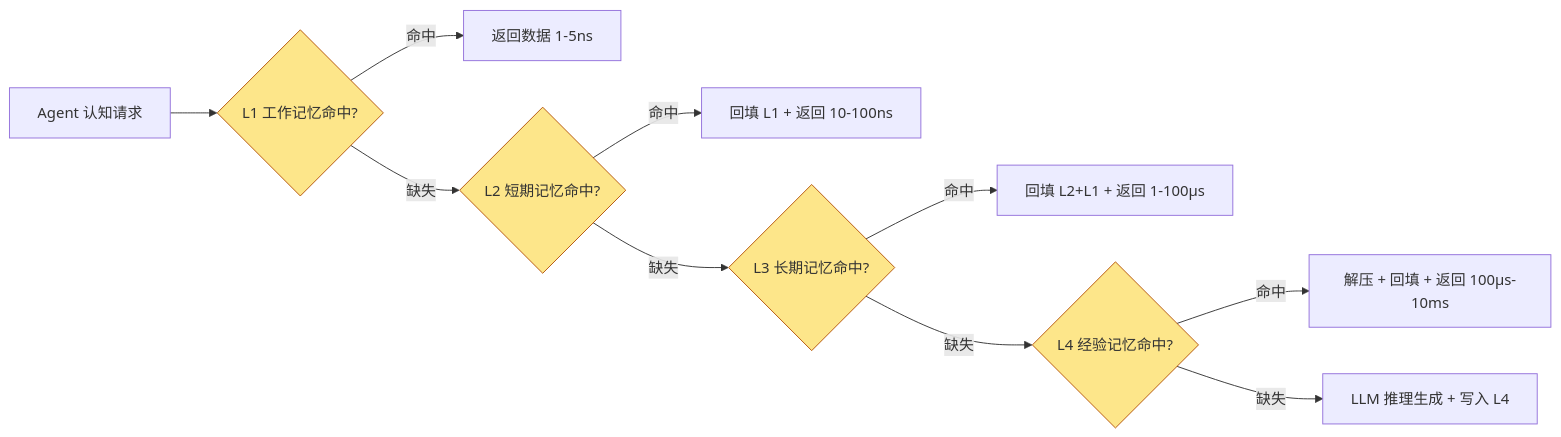
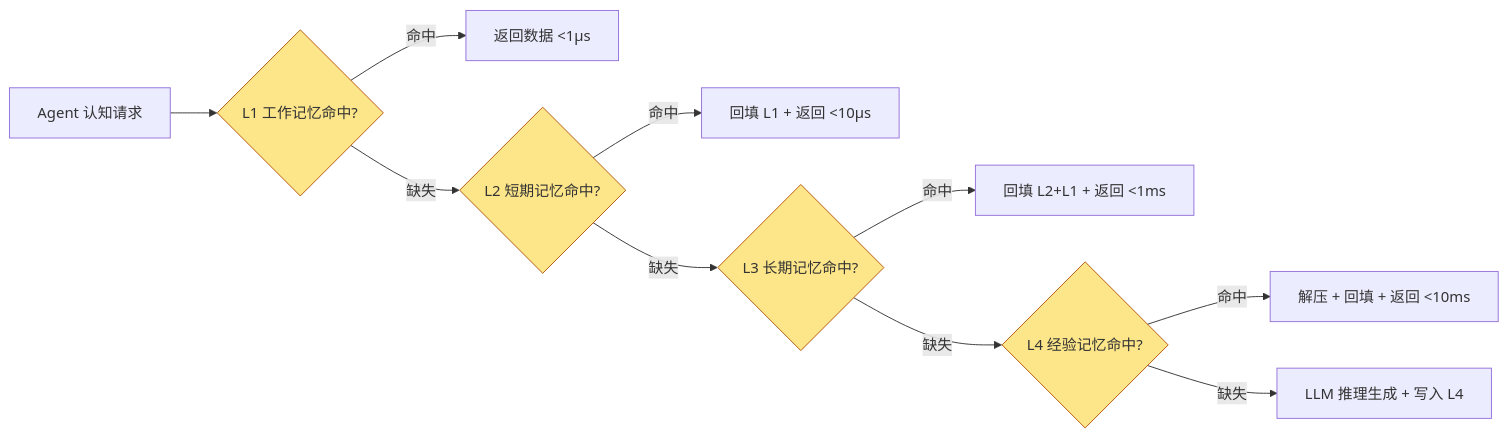
Before and after one commit to openairymax/docs: the first of 2 diagrams in AirymaxOS/90-observability/09-memory-monitoring.md, drawn with Mermaid. The commit also changed other lines of this file and 135 other files, not shown here.

````diff
--- a/AirymaxOS/90-observability/09-memory-monitoring.md
+++ b/AirymaxOS/90-observability/09-memory-monitoring.md
@@ -83,16 +85,16 @@
 ```mermaid
 graph LR
     A[Agent 认知请求] --> B{L1 工作记忆命中?}
-    B -->|命中| C[返回数据 1-5ns]
+    B -->|命中| C[返回数据 <1μs]
     B -->|缺失| D{L2 短期记忆命中?}
-    D -->|命中| E[回填 L1 + 返回 10-100ns]
+    D -->|命中| E[回填 L1 + 返回 <10μs]
     D -->|缺失| F{L3 长期记忆命中?}
-    F -->|命中| G[回填 L2+L1 + 返回 1-100μs]
+    F -->|命中| G[回填 L2+L1 + 返回 <1ms]
     F -->|缺失| H{L4 经验记忆命中?}
-    H -->|命中| I[解压 + 回填 + 返回 100μs-10ms]
+    H -->|命中| I[解压 + 回填 + 返回 <10ms]
     H -->|缺失| J[LLM 推理生成 + 写入 L4]
     style B fill:#fde68a,stroke:#b45309
     style D fill:#fde68a,stroke:#b45309
     style F fill:#fde68a,stroke:#b45309
     style H fill:#fde68a,stroke:#b45309
 ```
````
